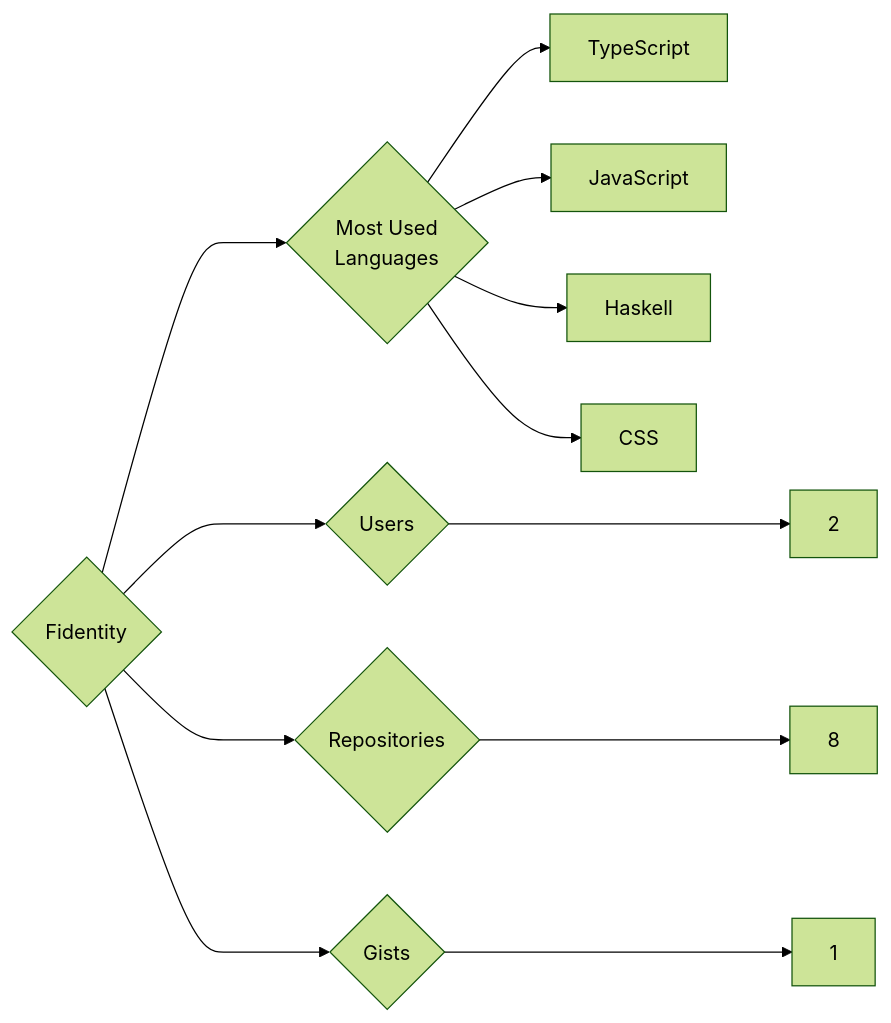
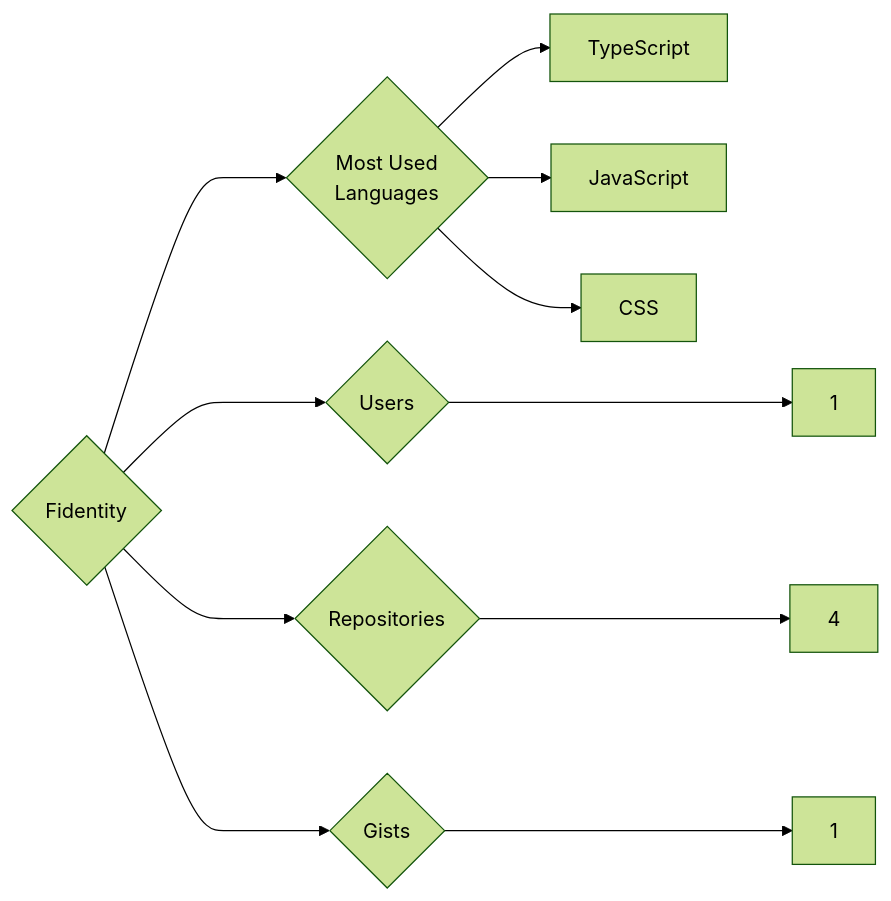
The diagram in targets/Fidentity/README.md (trickest/insiders), drawn with Mermaid (forest theme) before and after one commit. The commit also changed 775 other files, not shown here.

````diff
--- a/targets/Fidentity/README.md
+++ b/targets/Fidentity/README.md
@@ -3,12 +3,11 @@
 ```mermaid
 graph LR
 COMPANY_NAME{Fidentity}
-COMPANY_NAME ---> U{Users} ---> UN[2]
-COMPANY_NAME ---> R{Repositories} ---> RN[8]
+COMPANY_NAME ---> U{Users} ---> UN[1]
+COMPANY_NAME ---> R{Repositories} ---> RN[4]
 COMPANY_NAME ---> G{Gists} ---> GN[1]
 COMPANY_NAME ---> ML{Most Used<br>Languages}
 ML --> TypeScript[TypeScript]
 ML --> JavaScript[JavaScript]
-ML --> Haskell[Haskell]
 ML --> CSS[CSS]
 ```
````
